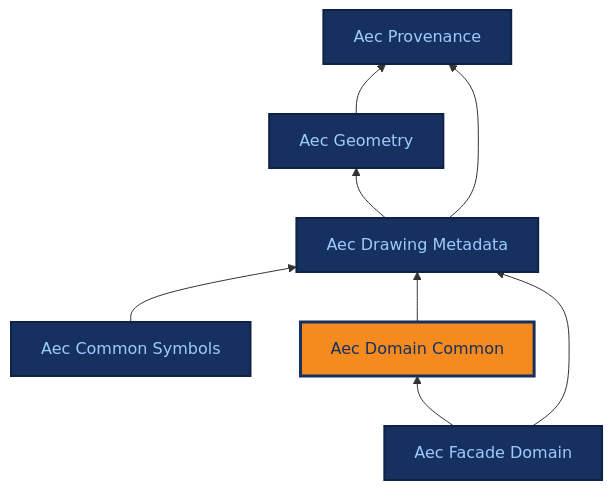
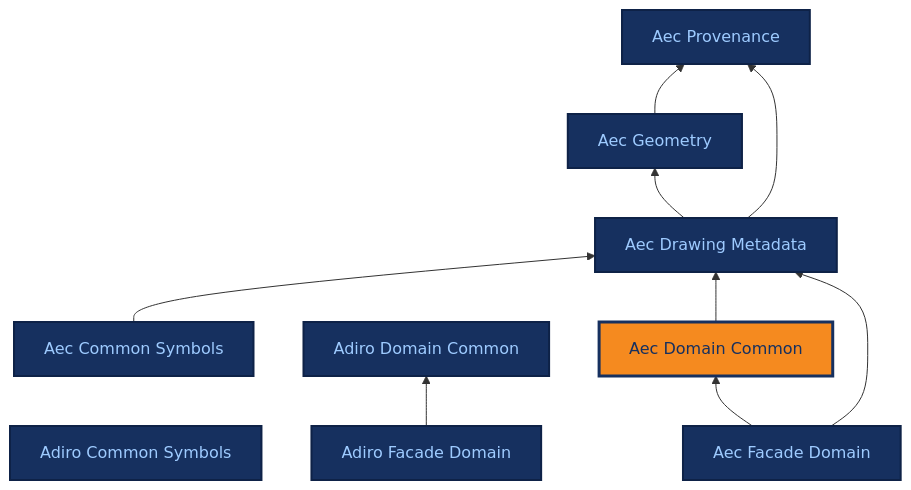
One commit to BuroHappoldMachineLearning/ADIRO changed the diagram in docs/ontologies/aec_domain_common.md. Above: the diagram before and after it, drawn with Mermaid. The commit also changed other lines of this file and 162 other files, not shown here.

First line of the commit message:
feat: rename three modules, with the reference terms defined in adiro_drawing_symbology (#281, #277, #271)

````diff
--- a/docs/ontologies/aec_domain_common.md
+++ b/docs/ontologies/aec_domain_common.md
@@ -45,27 +46,34 @@
 ```mermaid
 %%{init: {"themeCSS": ".base .nodeLabel,.base .nodeLabel p,.base text,.base tspan{fill:#9ecbff !important;color:#9ecbff !important}.current .nodeLabel,.current .nodeLabel p,.current text,.current tspan{fill:#16305f !important;color:#16305f !important}"} }%%
 graph BT
     aec_provenance["Aec Provenance"]
     aec_geometry["Aec Geometry"]
     aec_drawing_metadata["Aec Drawing Metadata"]
+    adiro_common_symbols["Adiro Common Symbols"]
     aec_common_symbols["Aec Common Symbols"]
+    adiro_domain_common["Adiro Domain Common"]
     aec_domain_common["Aec Domain Common"]
+    adiro_facade_domain["Adiro Facade Domain"]
     aec_facade_domain["Aec Facade Domain"]
     aec_geometry --> aec_provenance
     aec_drawing_metadata --> aec_geometry
     aec_drawing_metadata --> aec_provenance
     aec_common_symbols --> aec_drawing_metadata
     aec_domain_common --> aec_drawing_metadata
+    adiro_facade_domain --> adiro_domain_common
     aec_facade_domain --> aec_domain_common
     aec_facade_domain --> aec_drawing_metadata
     click aec_provenance "../aec_provenance/" "Aec Provenance reference page"
     click aec_geometry "../aec_geometry/" "Aec Geometry reference page"
     click aec_drawing_metadata "../aec_drawing_metadata/" "Aec Drawing Metadata reference page"
+    click adiro_common_symbols "../adiro_common_symbols/" "Adiro Common Symbols reference page"
     click aec_common_symbols "../aec_common_symbols/" "Aec Common Symbols reference page"
+    click adiro_domain_common "../adiro_domain_common/" "Adiro Domain Common reference page"
     click aec_domain_common "../aec_domain_common/" "Aec Domain Common reference page"
+    click adiro_facade_domain "../adiro_facade_domain/" "Adiro Facade Domain reference page"
     click aec_facade_domain "../aec_facade_domain/" "Aec Facade Domain reference page"
     classDef base fill:#16305f,stroke:#0e2247,stroke-width:2px,color:#9ecbff;
-    class aec_provenance,aec_geometry,aec_drawing_metadata,aec_common_symbols,aec_facade_domain base;
+    class aec_provenance,aec_geometry,aec_drawing_metadata,adiro_common_symbols,aec_common_symbols,adiro_domain_common,adiro_facade_domain,aec_facade_domain base;
     classDef current fill:#f58a1f,stroke:#16305f,stroke-width:3px,color:#16305f;
     class aec_domain_common current;
 ```
````
